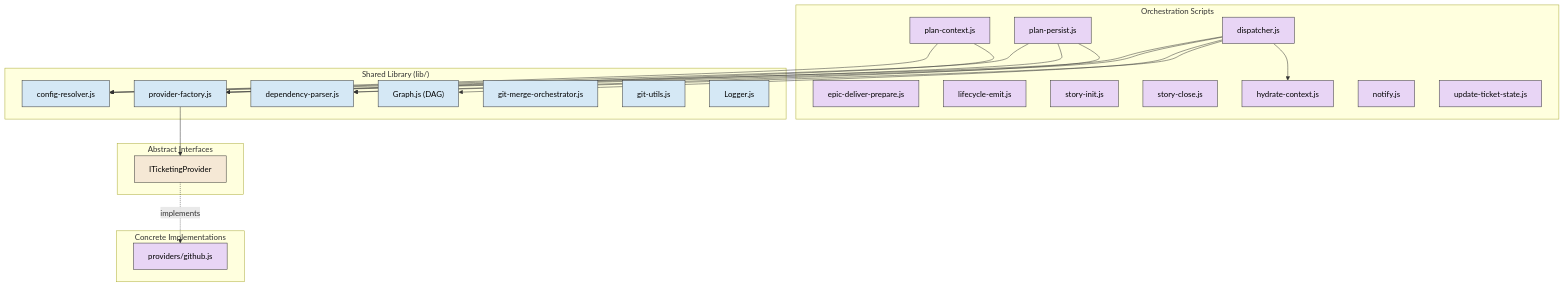
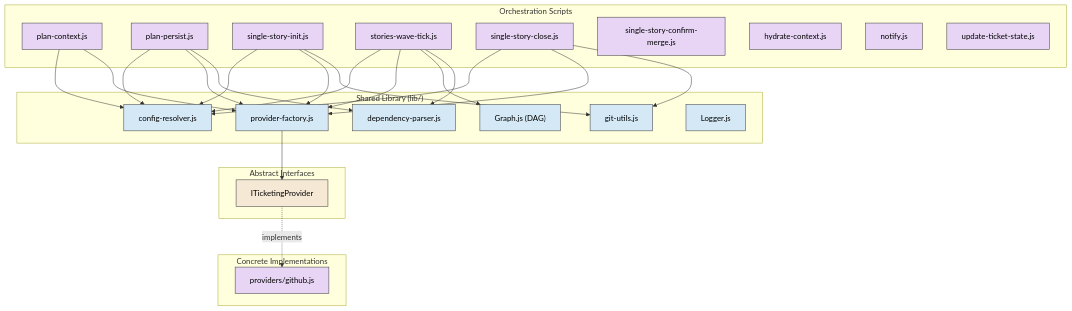
The second of 6 diagrams in docs/architecture.md (dsj1984/mandrel), drawn with Mermaid before and after one commit. The commit also changed other lines of this file and 827 other files, not shown here.

````diff
--- a/docs/architecture.md
+++ b/docs/architecture.md
@@ -181,44 +168,44 @@
 ```mermaid
 graph TB
     classDef script fill:#e8d5f5,stroke:#333,color:#000
     classDef lib fill:#d5e8f5,stroke:#333,color:#000
     classDef iface fill:#f5e8d5,stroke:#333,color:#000
 
     subgraph Scripts ["Orchestration Scripts"]
         EP["plan-context.js"]:::script
         TD["plan-persist.js"]:::script
-        DI["dispatcher.js"]:::script
-        EDP["epic-deliver-prepare.js"]:::script
-        LE["lifecycle-emit.js"]:::script
-        SI["story-init.js"]:::script
-        SC["story-close.js"]:::script
+        SSI["single-story-init.js"]:::script
+        SWT["stories-wave-tick.js"]:::script
+        SSC["single-story-close.js"]:::script
+        SCM["single-story-confirm-merge.js"]:::script
         CH["hydrate-context.js"]:::script
         NO["notify.js"]:::script
         UTS["update-ticket-state.js"]:::script
     end
 
     subgraph Lib ["Shared Library (lib/)"]
         CR["config-resolver.js"]:::lib
         PF["provider-factory.js"]:::lib
         GH["Graph.js (DAG)"]:::lib
         DP["dependency-parser.js"]:::lib
-        GMO["git-merge-orchestrator.js"]:::lib
         GU["git-utils.js"]:::lib
         LG["Logger.js"]:::lib
     end
 
     subgraph Interfaces ["Abstract Interfaces"]
         ITP["ITicketingProvider"]:::iface
     end
 
     subgraph Implementations ["Concrete Implementations"]
         GHP["providers/github.js"]:::script
     end
 
-    DI --> CR & PF & GH & DP & CH
+    SSI --> CR & PF & GU
+    SWT --> CR & PF & GH & DP
+    SSC --> CR & PF & GU
     EP --> CR & PF
     TD --> CR & PF & DP
 
     PF --> ITP
     ITP -.->|"implements"| GHP
 ```
````
